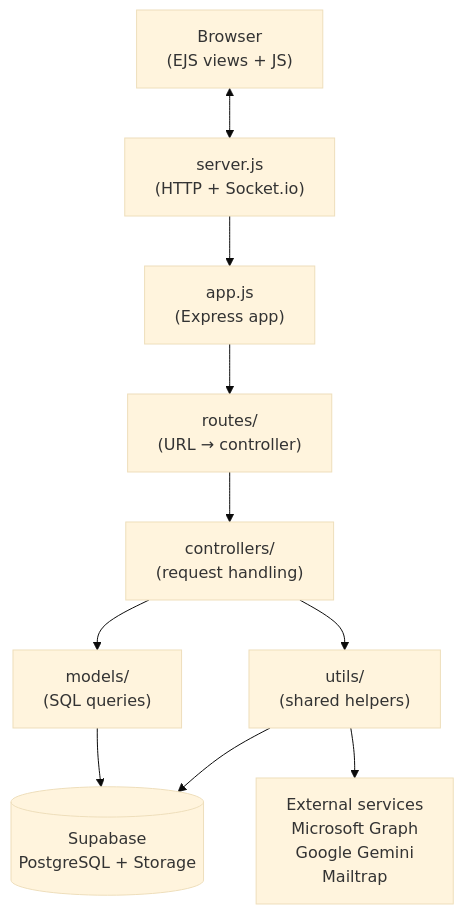
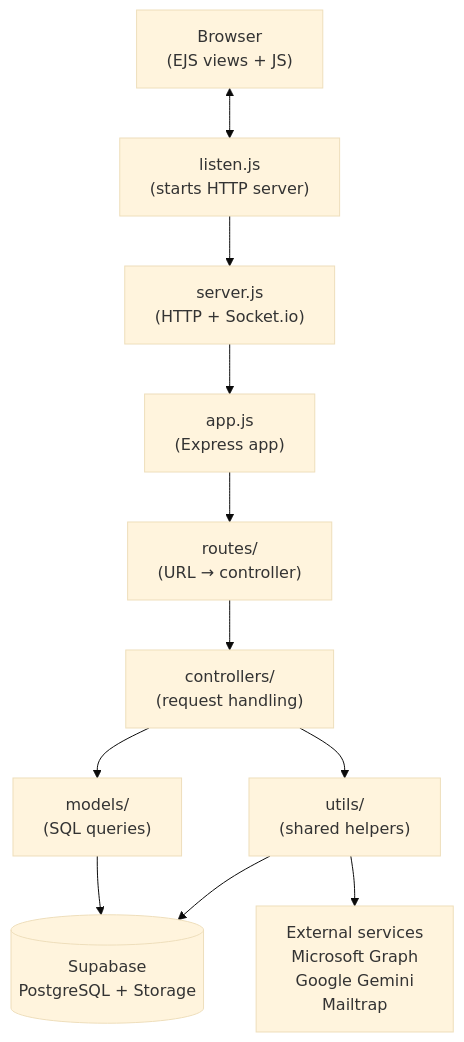
Before and after one commit to SETAP-Org/gcms-docs: the first of 2 diagrams in docs/source/architecture/index.rst, drawn with Mermaid (base theme). The commit also changed other lines of this file, not shown here.

Commit message:
Refactor architecture documentation to clarify request flow and entry points

```diff
--- a/docs/source/architecture/index.rst
+++ b/docs/source/architecture/index.rst
@@ -12,22 +12,24 @@
 .. mermaid::
 
    flowchart TB
        Browser["Browser<br/>(EJS views + JS)"]
+       Listen["listen.js<br/>(starts HTTP server)"]
        Server["server.js<br/>(HTTP + Socket.io)"]
        App["app.js<br/>(Express app)"]
        Routes["routes/<br/>(URL → controller)"]
        Controllers["controllers/<br/>(request handling)"]
        Models["models/<br/>(SQL queries)"]
        Utils["utils/<br/>(shared helpers)"]
        DB[("Supabase<br/>PostgreSQL + Storage")]
        External["External services<br/>Microsoft Graph<br/>Google Gemini<br/>Mailtrap"]
 
-       Browser <--> Server
+       Browser <--> Listen
+       Listen --> Server
        Server --> App
        App --> Routes
        Routes --> Controllers
        Controllers --> Models
        Controllers --> Utils
        Models --> DB
        Utils --> DB
        Utils --> External
```
